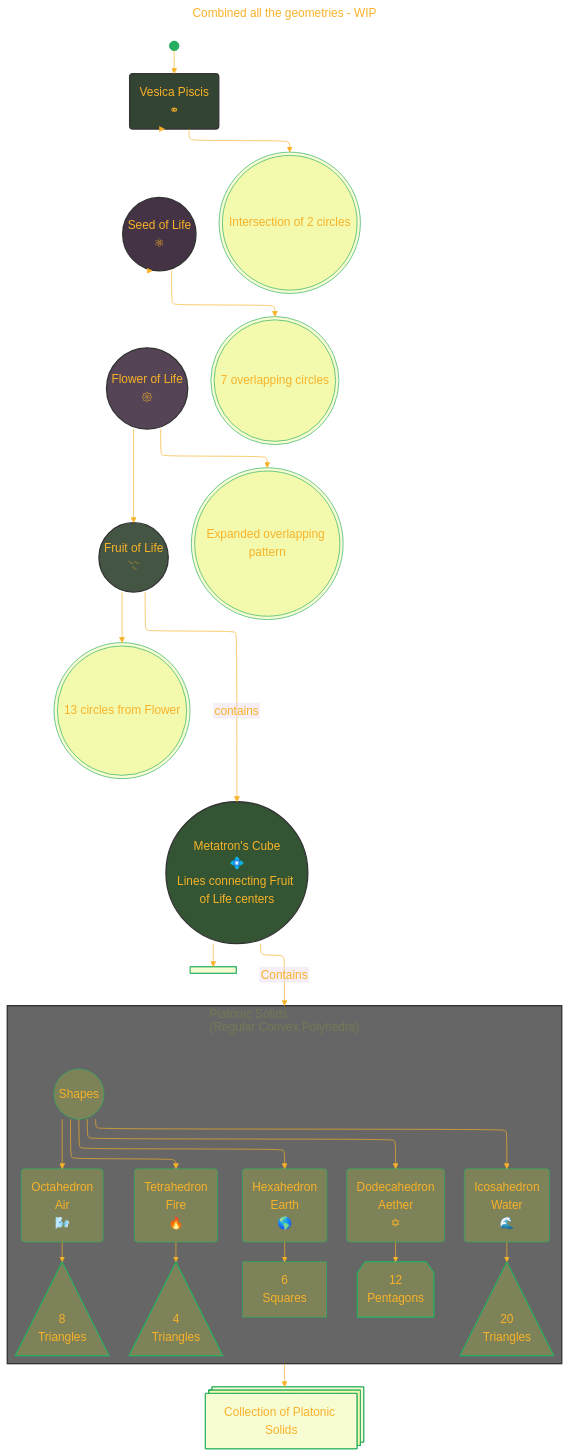
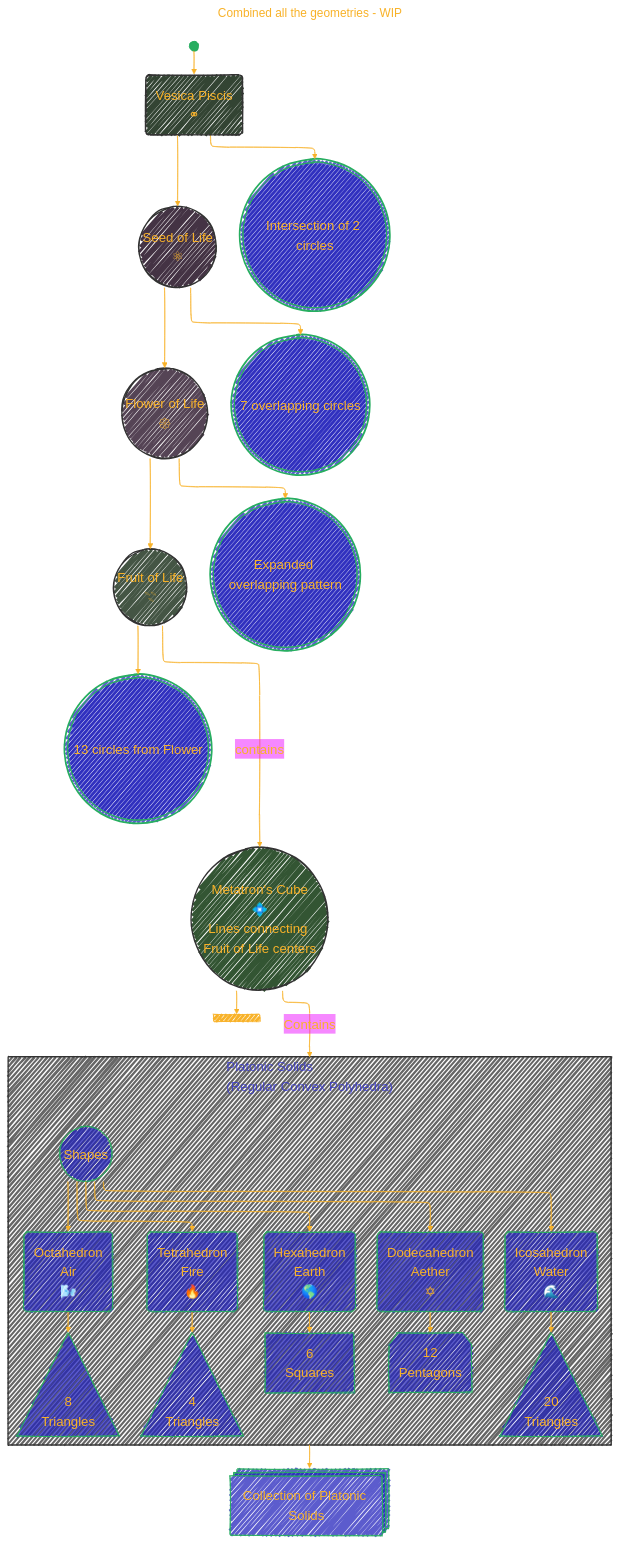
The fifth of 7 diagrams in Understanding_Sacred_Geometry.md (CongLeSolutionX/Harmonic_Atomica), drawn with Mermaid before and after one commit. The commit also changed other lines of this file, not shown here.

```diff
--- a/Understanding_Sacred_Geometry.md
+++ b/Understanding_Sacred_Geometry.md
@@ -340,28 +346,30 @@
 title: "Combined all the geometries - WIP"
 author: "Cong Le"
 version: "1.0"
-license(s): "MIT, CC BY 4.0"
+license(s): "MIT, CC BY-SA 4.0"
 copyright: "Copyright (c) 2025 Cong Le. All Rights Reserved."
 config:
   layout: elk
   theme: base
+  look: handDrawn
 ---
 %%%%%%%% Mermaid version v11.4.1-b.14
 %%%%%%%% Available curve styles include the following keywords:
 %% basis, bumpX, bumpY, cardinal, catmullRom, linear, monotoneX, monotoneY, natural, step, stepAfter, stepBefore.
 %%{
   init: {
-    'flowchart': { 'htmlLabels': false, 'curve': 'basis' },
-    'fontFamily': 'Luminari',
+    'flowchart': { 'htmlLabels': true, 'curve': 'basis' },
+    'fontFamily': 'American Typewriter, monospace',
+    'logLevel': 'fatal',
     'themeVariables': {
-      'primaryColor': '#DE23',
+      'primaryColor': '#22BB',
       'primaryTextColor': '#F8B229',
       'lineColor': '#F8B229',
       'primaryBorderColor': '#27AE60',
-      'secondaryColor': '#EBDEF0',
+      'secondaryColor': '#E2F1',
       'secondaryTextColor': '#6C3483',
       'secondaryBorderColor': '#A569BD',
-      'fontSize': '18px'
+      'fontSize': '20px'
     }
   }
 }%%
```
